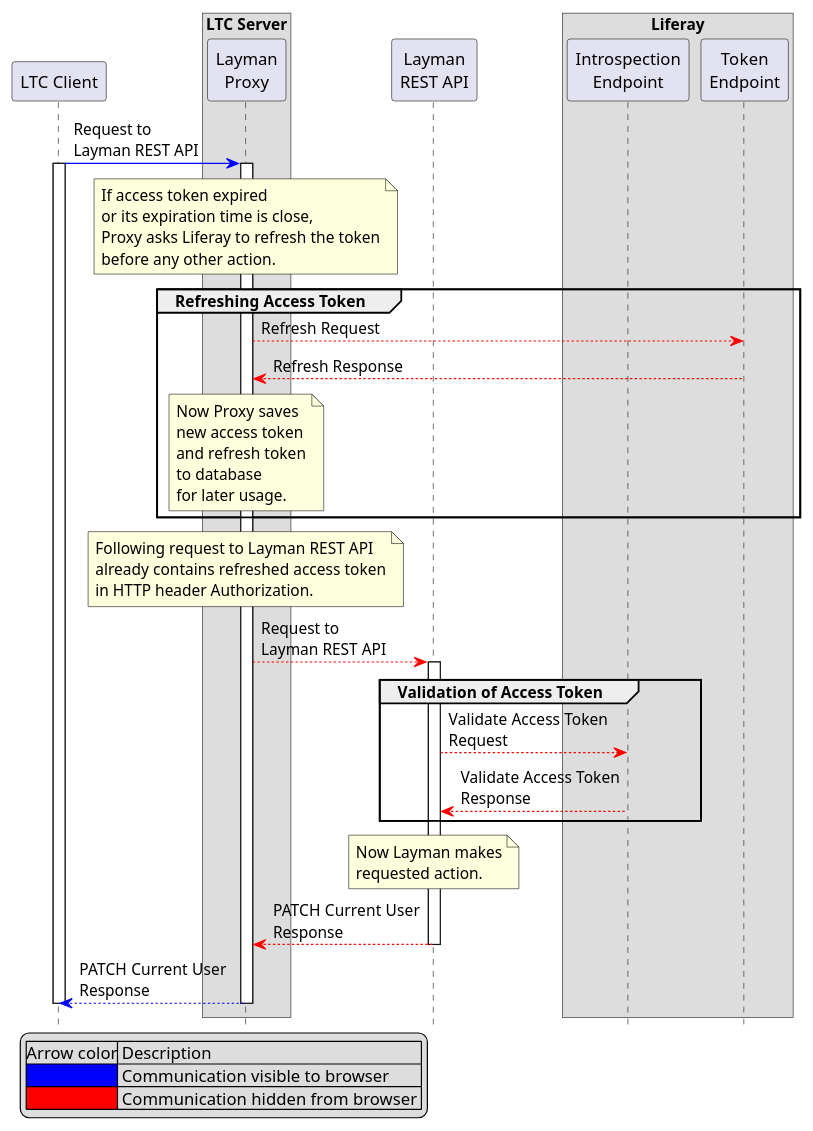
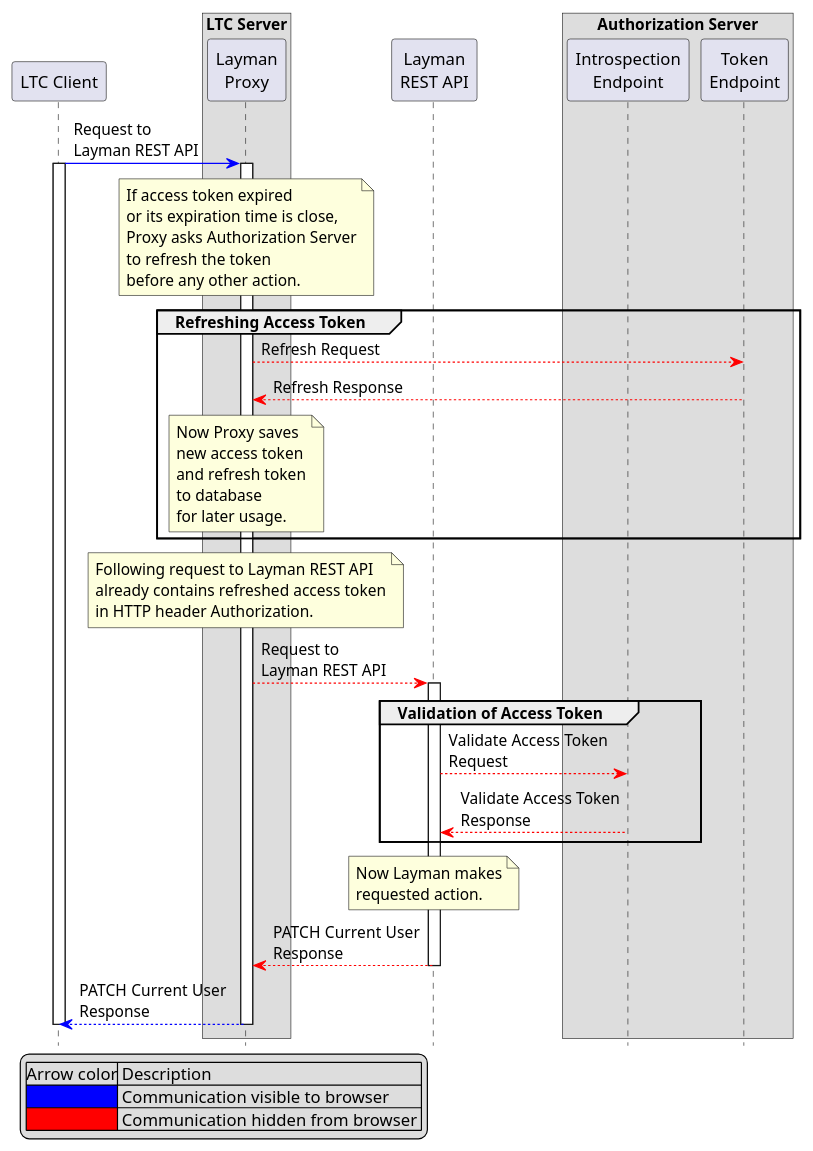
Before and after one commit to LayerManager/layman: the diagram in doc/oauth2/refresh.puml, drawn with PlantUML. The commit also changed 10 other files, not shown here.

```diff
--- a/doc/oauth2/refresh.puml
+++ b/doc/oauth2/refresh.puml
@@ -1,69 +1,70 @@
 @startuml
 hide footbox
 participant "LTC Client" as ltcc
 
 box "LTC Server"
     participant "Layman\nProxy" as ltcsproxy
 end box
 
 participant "Layman\nREST API" as layman
 
-box "Liferay"
+box "Authorization Server"
 	participant "Introspection\nEndpoint" as lris
 	participant "Token\nEndpoint" as lrtoken
 end box
 
 
 ltcc [#0000FF]-> ltcsproxy: Request to\nLayman REST API
 activate ltcc
 activate ltcsproxy
 
 note over ltcsproxy
     If access token expired
     or its expiration time is close,
-    Proxy asks Liferay to refresh the token
+    Proxy asks Authorization Server
+    to refresh the token
     before any other action.
 end note
 
 group Refreshing Access Token
     ltcsproxy [#ff0000]--> lrtoken: Refresh Request
     lrtoken [#ff0000]--> ltcsproxy: Refresh Response
     note over ltcsproxy
         Now Proxy saves
         new access token
         and refresh token
         to database
         for later usage.
     end note
 end
 
 note over ltcsproxy
     Following request to Layman REST API
     already contains refreshed access token
     in HTTP header Authorization.
 end note
 
 
 ltcsproxy [#FF0000]--> layman: Request to\nLayman REST API
 activate layman
 group Validation of Access Token
     layman [#FF0000]--> lris: Validate Access Token\nRequest
     lris [#FF0000]--> layman: Validate Access Token\nResponse
 end
 note over layman
     Now Layman makes
     requested action.
 end note
 layman [#FF0000]--> ltcsproxy: PATCH Current User\nResponse
 deactivate layman
 ltcsproxy [#0000FF]--> ltcc: PATCH Current User\nResponse
 deactivate ltcsproxy
 deactivate ltcc
 
 legend left
     |Arrow color| Description |
     |<#0000FF>| Communication visible to browser |
     |<#FF0000>| Communication hidden from browser |
 endlegend
 
 @enduml
```
